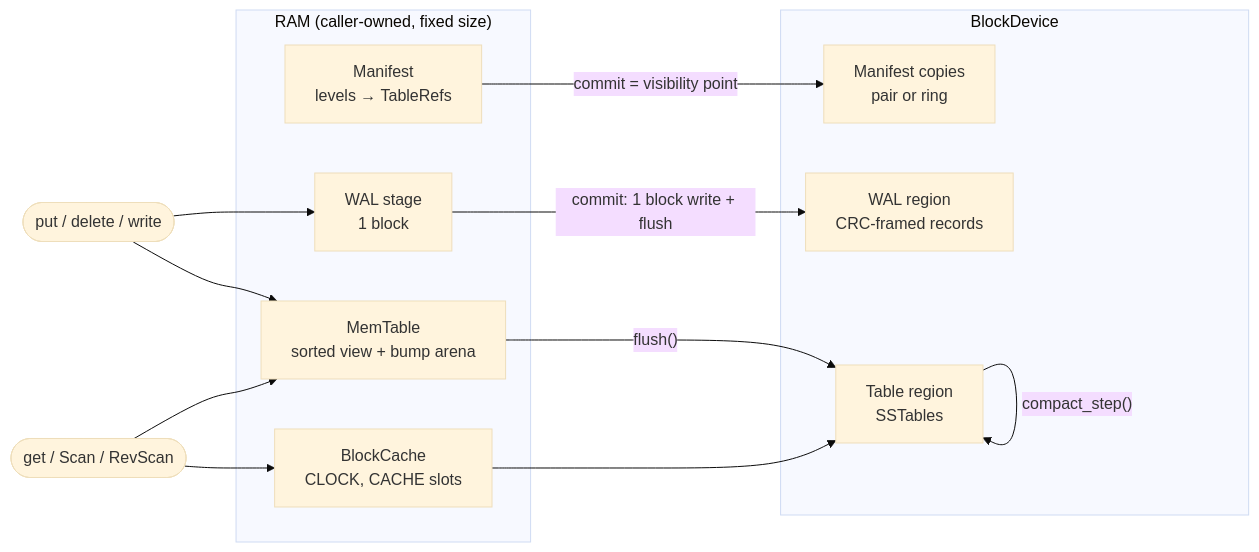
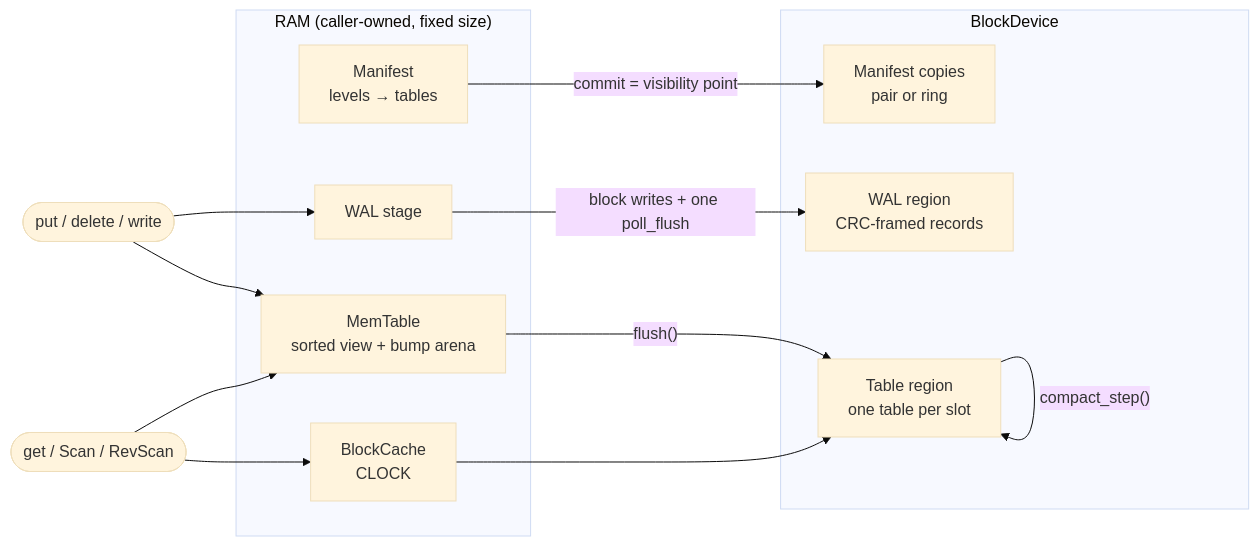
The diagram in README.md (madmax983/horton), drawn with Mermaid (base theme) before and after one commit. The commit also changed other lines of this file and 6 other files, not shown here.

````diff
--- a/README.md
+++ b/README.md
@@ -342,21 +59,21 @@
 ```mermaid
 flowchart LR
     subgraph RAM["RAM (caller-owned, fixed size)"]
         MT["MemTable<br/>sorted view + bump arena"]
-        WS["WAL stage<br/>1 block"]
-        MF["Manifest<br/>levels → TableRefs"]
-        BC["BlockCache<br/>CLOCK, CACHE slots"]
+        WS["WAL stage"]
+        MF["Manifest<br/>levels → tables"]
+        BC["BlockCache<br/>CLOCK"]
     end
     subgraph DEV["BlockDevice"]
         MS["Manifest copies<br/>pair or ring"]
         WAL["WAL region<br/>CRC-framed records"]
-        TBL["Table region<br/>SSTables"]
+        TBL["Table region<br/>one table per slot"]
     end
-    W(["put / delete / write"]) --> WS -->|"commit: 1 block write + flush"| WAL
+    W(["put / delete / write"]) --> WS -->|"block writes + one poll_flush"| WAL
     W --> MT
     MT -->|"flush()"| TBL
     TBL -->|"compact_step()"| TBL
     MF -->|"commit = visibility point"| MS
     R(["get / Scan / RevScan"]) --> MT
     R --> BC --> TBL
 ```
````
